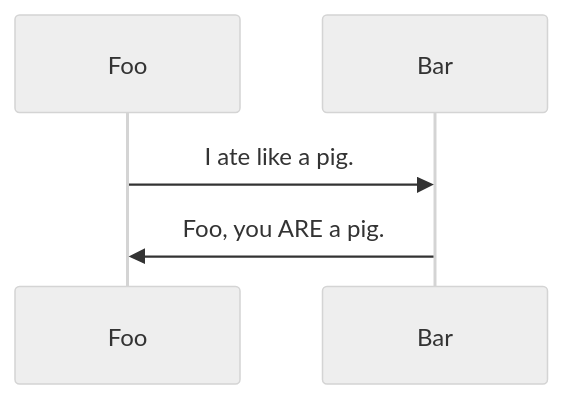
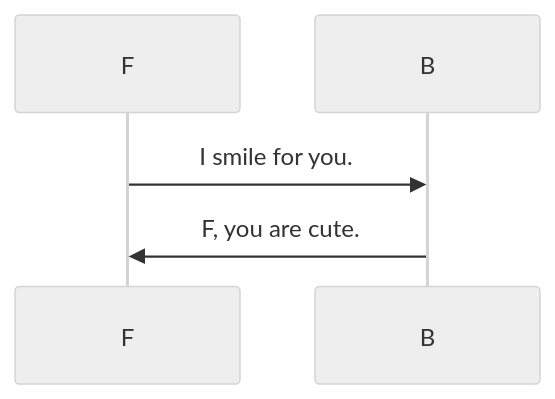
Before and after one commit to RattanArt/Model: the second of 2 diagrams in readmeA.md, drawn with Mermaid (neutral theme). The commit also changed other lines of this file, not shown here.

````diff
--- a/readmeA.md
+++ b/readmeA.md
@@ -37,5 +37,5 @@
 ```mermaid
 sequenceDiagram
-    Foo->>Bar:I ate like a pig.
-    Bar->>Foo:Foo, you ARE a pig.
+    F->>B: I smile for you.
+    B->>F:F, you are cute.
 ```
````
